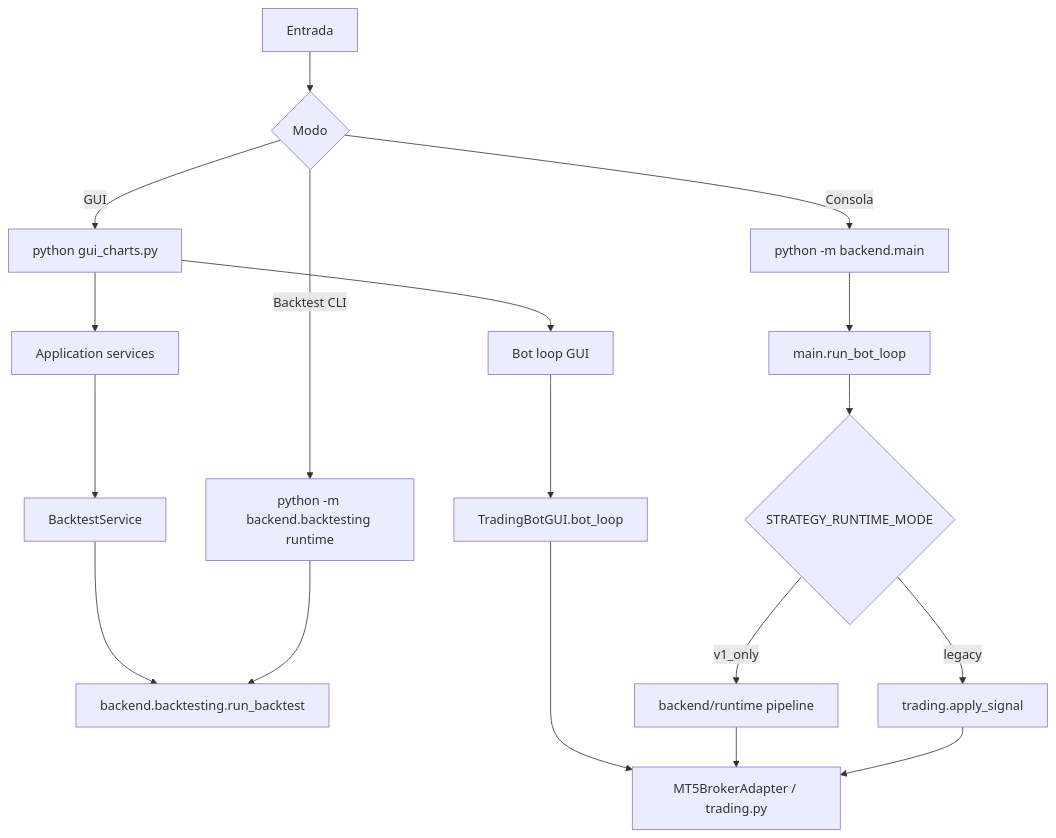
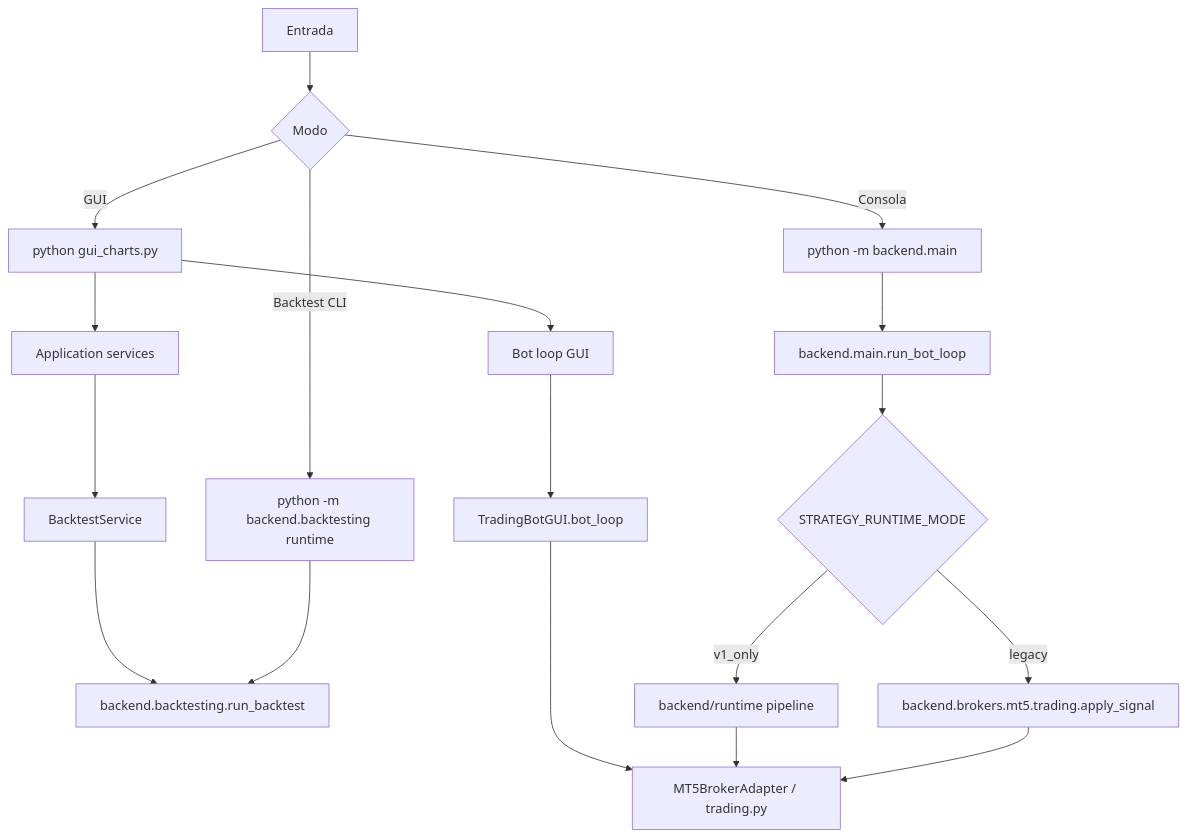
One commit to aloantony/strategy-forge changed the second of 2 diagrams in docs/DocsTradingSystemObsidian/00-system-map.md. Above: the diagram before and after it, drawn with Mermaid. The commit also changed other lines of this file and 10 other files, not shown here.

First line of the commit message:
docs: arreglar el diagrama roto y las referencias de modulo obsoletas

````diff
--- a/docs/DocsTradingSystemObsidian/00-system-map.md
+++ b/docs/DocsTradingSystemObsidian/00-system-map.md
@@ -63,20 +63,20 @@
 ```mermaid
 flowchart TD
   Start["Entrada"] --> Choice{"Modo"}
   Choice -->|GUI| GUI["python gui_charts.py"]
   Choice -->|Consola| Console["python -m backend.main"]
   Choice -->|Backtest CLI| CLI["python -m backend.backtesting runtime"]
   GUI --> Services["Application services"]
   Services --> GUIBT["BacktestService"]
   GUI --> GUIBot["Bot loop GUI"]
   GUIBT --> BT["backend.backtesting.run_backtest"]
   GUIBot --> LiveLike["TradingBotGUI.bot_loop"]
-  Console --> MainLoop["main.run_bot_loop"]
+  Console --> MainLoop["backend.main.run_bot_loop"]
   CLI --> BT
   LiveLike --> Broker["MT5BrokerAdapter / trading.py"]
   MainLoop --> Runtime{"STRATEGY_RUNTIME_MODE"}
   Runtime -->|v1_only| V1["backend/runtime pipeline"]
-  Runtime -->|legacy| Legacy["trading.apply_signal"]
+  Runtime -->|legacy| Legacy["backend.brokers.mt5.trading.apply_signal"]
   V1 --> Broker
   Legacy --> Broker
 ```
````
